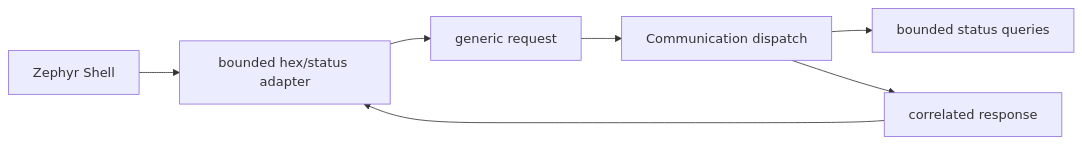
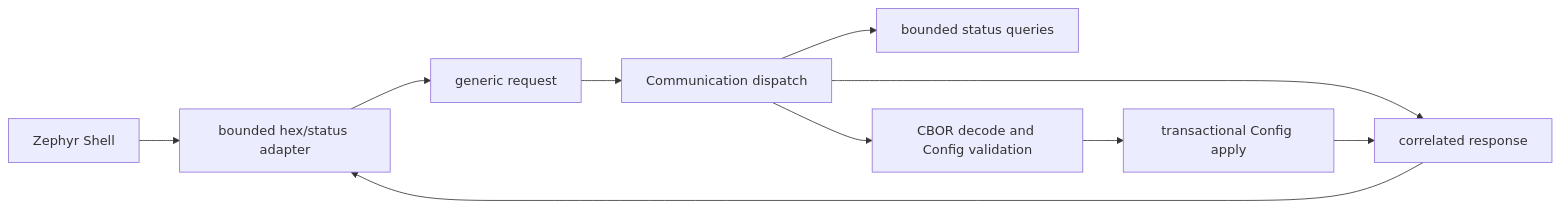
Before and after one commit to andreapiccini/SpaghettiLAB: the diagram in Firmware/core/subsys/communication/README.md, drawn with Mermaid. The commit also changed other lines of this file and 9 other files, not shown here.

Commit message:
config decode with CBOR

````diff
--- a/Firmware/core/subsys/communication/README.md
+++ b/Firmware/core/subsys/communication/README.md
@@ -77,9 +81,12 @@
 ```mermaid
 flowchart LR
     SHELL["Zephyr Shell"] --> ADAPTER["bounded hex/status adapter"]
     ADAPTER --> REQUEST["generic request"]
     REQUEST --> DISPATCH["Communication dispatch"]
     DISPATCH --> MANAGER["bounded status queries"]
+    DISPATCH --> CODEC["CBOR decode and Config validation"]
+    CODEC --> CONFIG["transactional Config apply"]
     DISPATCH --> RESPONSE["correlated response"]
+    CONFIG --> RESPONSE
     RESPONSE --> ADAPTER
 ```
````
